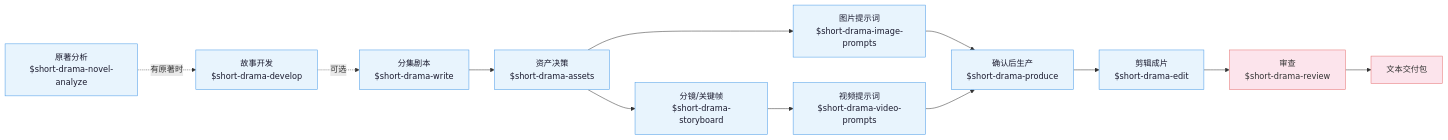
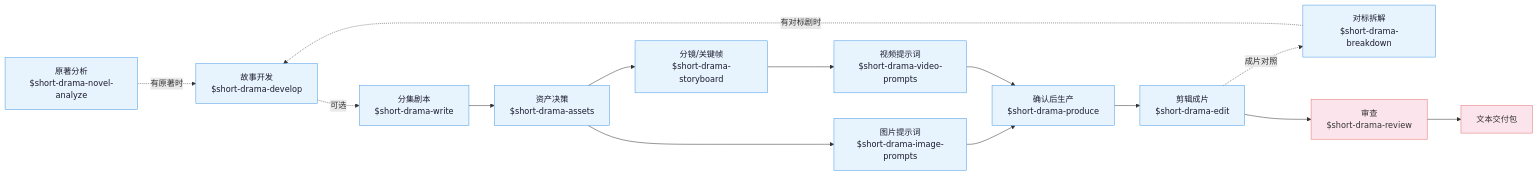
The diagram in README.md (zenstory-ai/drama-skills), drawn with Mermaid before and after one commit. The commit also changed other lines of this file and 55 other files, not shown here.

````diff
--- a/README.md
+++ b/README.md
@@ -234,25 +234,28 @@
 ```mermaid
 flowchart LR
     classDef phase fill:#e8f4fd,color:#1a1a2e,stroke:#4a9be8,stroke-width:1px
     classDef final fill:#fce4ec,color:#333,stroke:#e57373,stroke-width:1px
 
     nva["原著分析<br/>$short-drama-novel-analyze"]:::phase
+    brk["对标拆解<br/>$short-drama-breakdown"]:::phase
     dev["故事开发<br/>$short-drama-develop"]:::phase
     write["分集剧本<br/>$short-drama-write"]:::phase
     assets["资产决策<br/>$short-drama-assets"]:::phase
     img["图片提示词<br/>$short-drama-image-prompts"]:::phase
     sb["分镜/关键帧<br/>$short-drama-storyboard"]:::phase
     vid["视频提示词<br/>$short-drama-video-prompts"]:::phase
     prod["确认后生产<br/>$short-drama-produce"]:::phase
     cut["剪辑成片<br/>$short-drama-edit"]:::phase
     rev["审查<br/>$short-drama-review"]:::final
     pkg["文本交付包"]:::final
 
     nva -.有原著时.-> dev
+    brk -.有对标剧时.-> dev
+    cut -.成片对照.-> brk
     dev -.可选.-> write --> assets
     assets --> img
     assets --> sb --> vid
     img --> prod
     vid --> prod
     prod --> cut --> rev --> pkg
 ```
````
